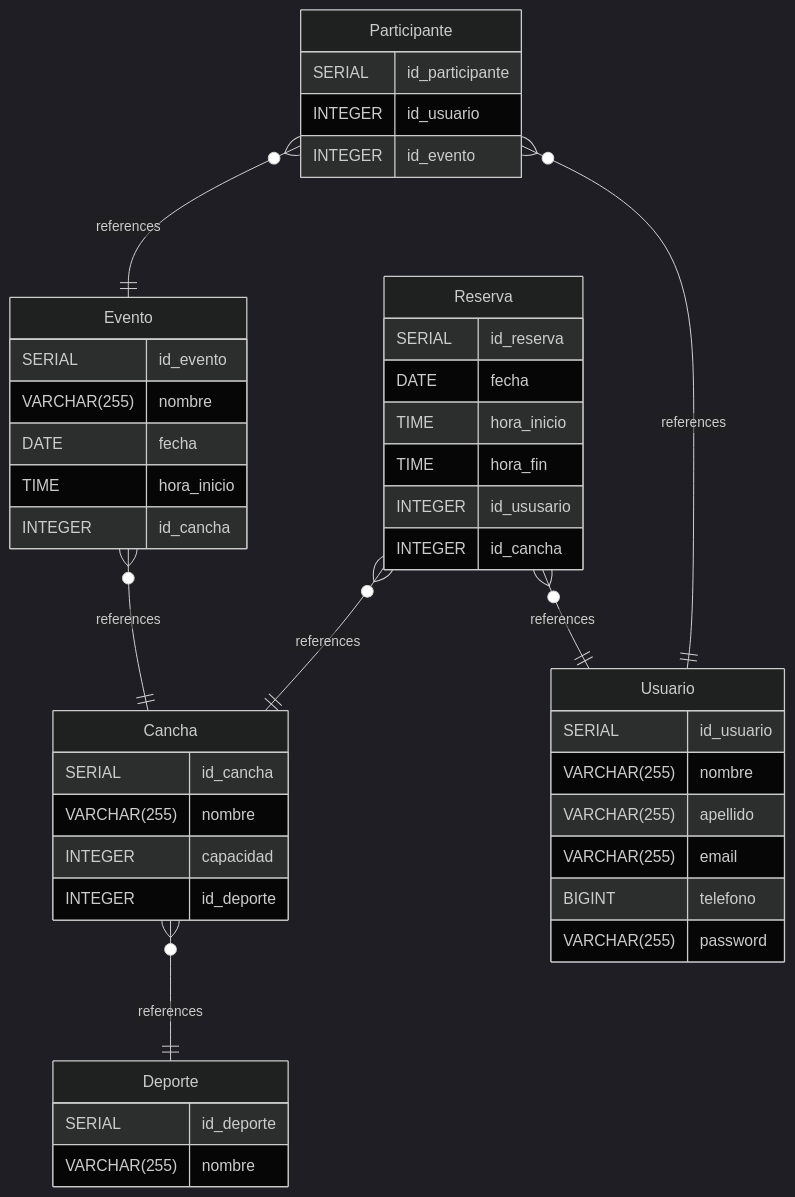
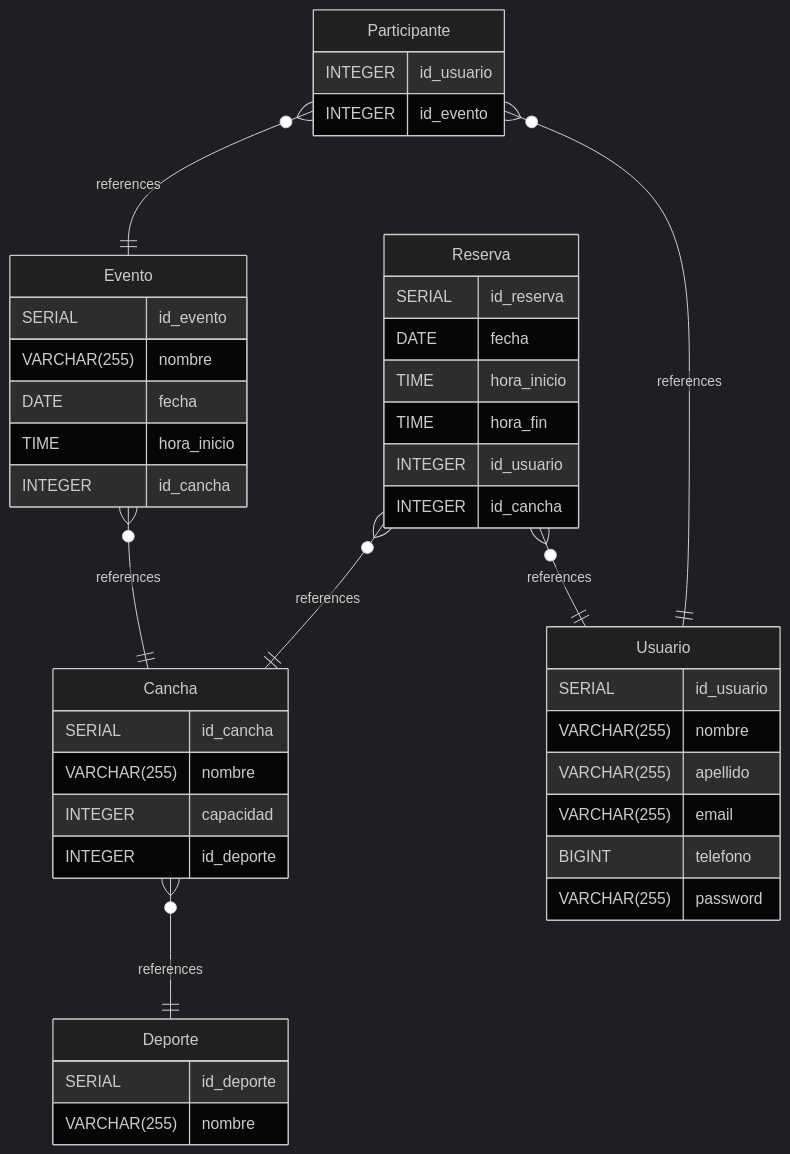
One commit to Camilo-845/GoSport-scheduling-system changed the diagram in DataBase/README.md. Above: the diagram before and after it, drawn with Mermaid (dark theme). The commit also changed other lines of this file and 3 other files, not shown here.

````diff
--- a/DataBase/README.md
+++ b/DataBase/README.md
@@ -92,53 +91,52 @@
 ```mermaid
 erDiagram
-	Cancha }o--|| Deporte : references
-	Evento }o--|| Cancha : references
-	Reserva }o--|| Usuario : references
-	Reserva }o--|| Cancha : references
-	Participante }o--|| Usuario : references
-	Participante }o--|| Evento : references
+ Cancha }o--|| Deporte : references
+ Evento }o--|| Cancha : references
+ Reserva }o--|| Usuario : references
+ Reserva }o--|| Cancha : references
+ Participante }o--|| Usuario : references
+ Participante }o--|| Evento : references
 
-	Usuario {
-		SERIAL id_usuario
-		VARCHAR(255) nombre
-		VARCHAR(255) apellido
-		VARCHAR(255) email
-		BIGINT telefono
-		VARCHAR(255) password
-	}
+ Usuario {
+  SERIAL id_usuario
+  VARCHAR(255) nombre
+  VARCHAR(255) apellido
+  VARCHAR(255) email
+  BIGINT telefono
+  VARCHAR(255) password
+ }
 
-	Deporte {
-		SERIAL id_deporte
-		VARCHAR(255) nombre
-	}
+ Deporte {
+  SERIAL id_deporte
+  VARCHAR(255) nombre
+ }
 
-	Cancha {
-		SERIAL id_cancha
-		VARCHAR(255) nombre
-		INTEGER capacidad
-		INTEGER id_deporte
-	}
+ Cancha {
+  SERIAL id_cancha
+  VARCHAR(255) nombre
+  INTEGER capacidad
+  INTEGER id_deporte
+ }
 
-	Evento {
-		SERIAL id_evento
-		VARCHAR(255) nombre
-		DATE fecha
-		TIME hora_inicio
-		INTEGER id_cancha
-	}
+ Evento {
+  SERIAL id_evento
+  VARCHAR(255) nombre
+  DATE fecha
+  TIME hora_inicio
+  INTEGER id_cancha
+ }
 
-	Reserva {
-		SERIAL id_reserva
-		DATE fecha
-		TIME hora_inicio
-		TIME hora_fin
-		INTEGER id_ususario
-		INTEGER id_cancha
-	}
+ Reserva {
+  SERIAL id_reserva
+  DATE fecha
+  TIME hora_inicio
+  TIME hora_fin
+  INTEGER id_usuario
+  INTEGER id_cancha
+ }
 
-	Participante {
-		SERIAL id_participante
-		INTEGER id_usuario
-		INTEGER id_evento
-	}
+ Participante {
+  INTEGER id_usuario
+  INTEGER id_evento
+ }
 ```
````
